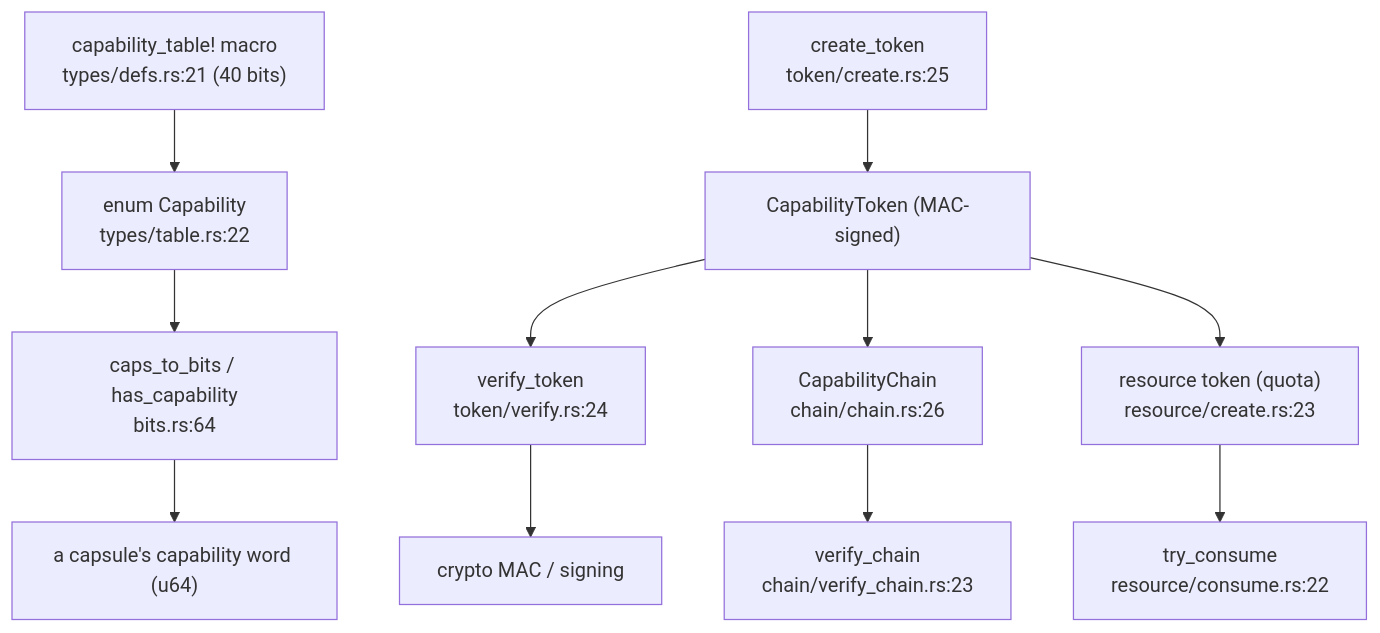
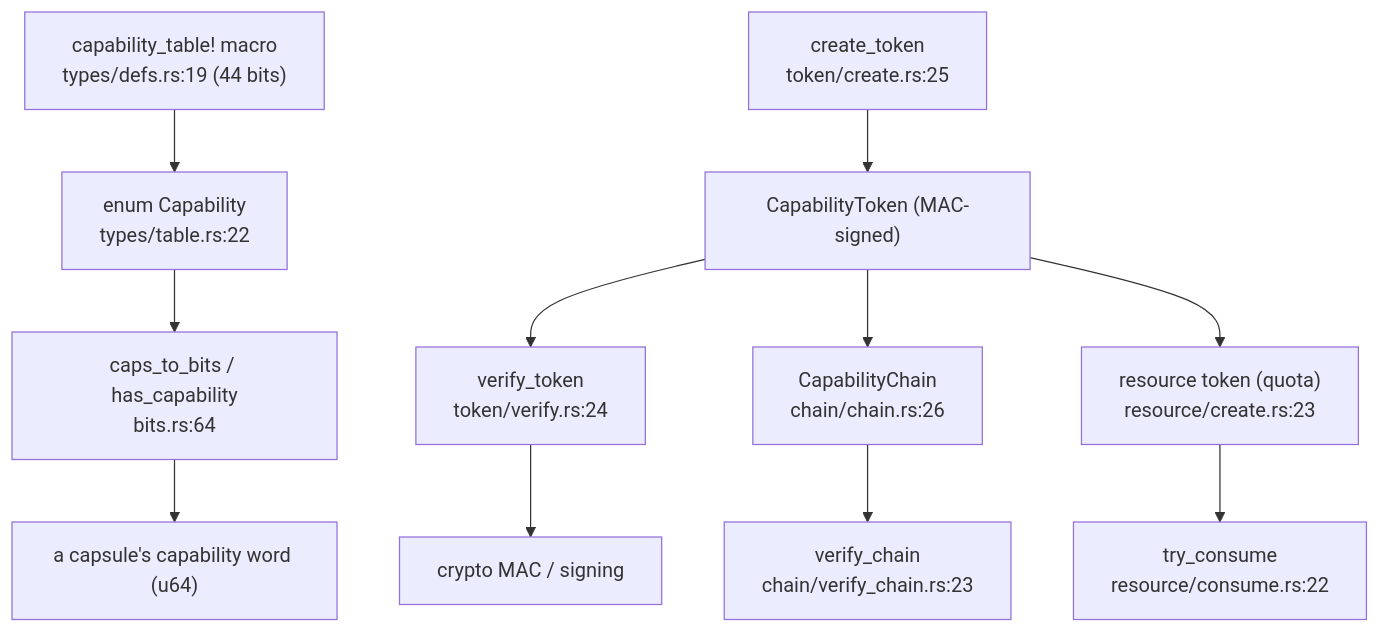
Before and after one commit to NON-OS/microkernel: the diagram in docs/internals/capabilities.md, drawn with Mermaid. The commit also changed other lines of this file and 7 other files, not shown here.

````diff
--- a/docs/internals/capabilities.md
+++ b/docs/internals/capabilities.md
@@ -9,13 +9,13 @@
 ```mermaid
 flowchart TB
-    table["capability_table! macro<br/>types/defs.rs:21 (40 bits)"] --> cap["enum Capability<br/>types/table.rs:22"]
+    table["capability_table! macro<br/>types/defs.rs:19 (44 bits)"] --> cap["enum Capability<br/>types/table.rs:22"]
     cap --> bits["caps_to_bits / has_capability<br/>bits.rs:64"]
     bits --> word["a capsule's capability word (u64)"]
     create["create_token<br/>token/create.rs:25"] --> tok["CapabilityToken (MAC-signed)"]
     tok --> verify["verify_token<br/>token/verify.rs:24"]
     tok --> chain["CapabilityChain<br/>chain/chain.rs:26"]
     chain --> vchain["verify_chain<br/>chain/verify_chain.rs:23"]
     tok --> rsrc["resource token (quota)<br/>resource/create.rs:23"]
     rsrc --> consume["try_consume<br/>resource/consume.rs:22"]
     verify --> mac["crypto MAC / signing"]
 ```
````
